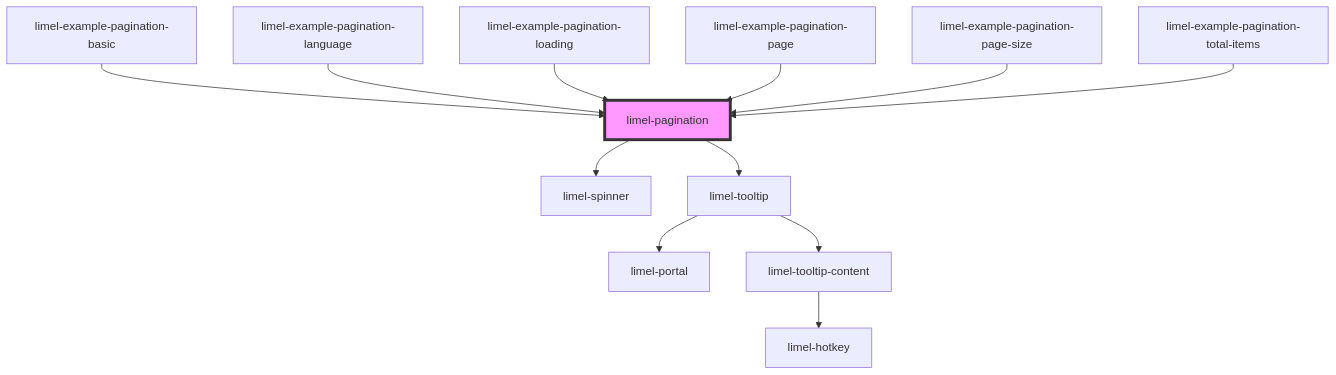
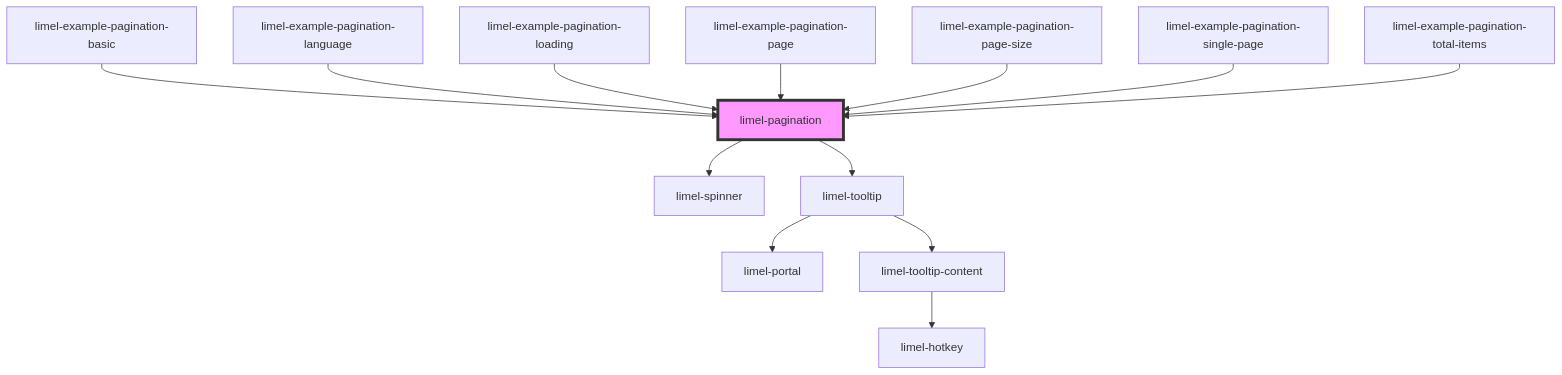
Before and after one commit to Lundalogik/lime-elements: the diagram in versions/PR-4299/markdown-docs/components/pagination/readme.md, drawn with Mermaid. The commit also changed other lines of this file and 571 other files, not shown here.

````diff
--- a/versions/PR-4299/markdown-docs/components/pagination/readme.md
+++ b/versions/PR-4299/markdown-docs/components/pagination/readme.md
@@ -76,15 +50,16 @@
 ```mermaid
 graph TD;
   limel-pagination --> limel-spinner
   limel-pagination --> limel-tooltip
   limel-tooltip --> limel-portal
   limel-tooltip --> limel-tooltip-content
   limel-tooltip-content --> limel-hotkey
   limel-example-pagination-basic --> limel-pagination
   limel-example-pagination-language --> limel-pagination
   limel-example-pagination-loading --> limel-pagination
   limel-example-pagination-page --> limel-pagination
   limel-example-pagination-page-size --> limel-pagination
+  limel-example-pagination-single-page --> limel-pagination
   limel-example-pagination-total-items --> limel-pagination
   style limel-pagination fill:#f9f,stroke:#333,stroke-width:4px
 ```
````
